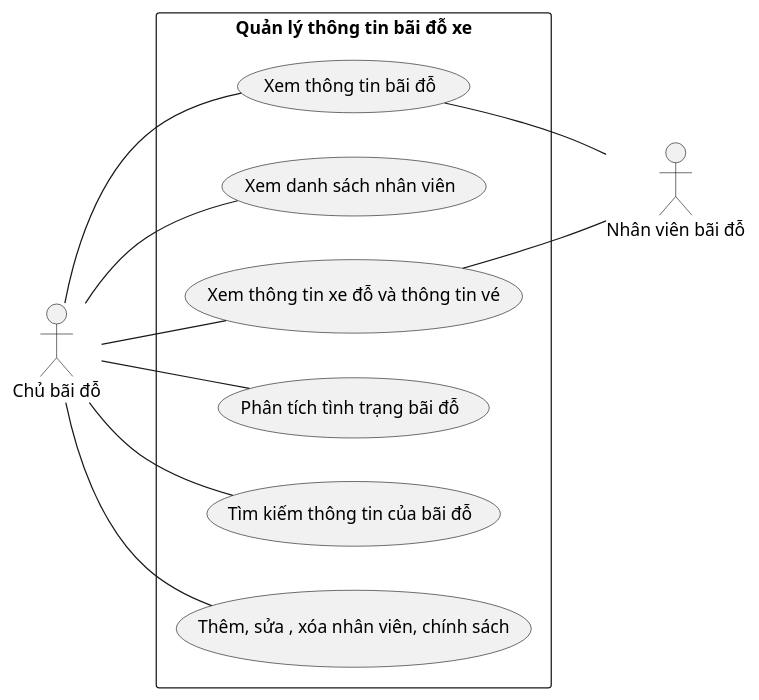
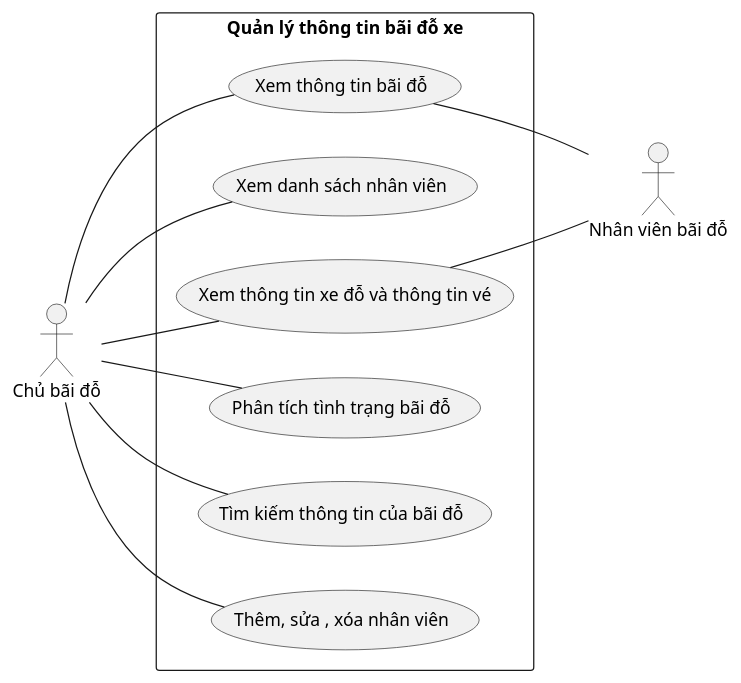
Before and after one commit to hieutbui/graduation-diagram: the diagram in usecase/manage_parking_info.wsd, drawn with PlantUML.

Commit message:
Update use case

```diff
--- a/usecase/manage_parking_info.wsd
+++ b/usecase/manage_parking_info.wsd
@@ -1,22 +1,22 @@
 @startuml manage_parking_info
 
 left to right direction
 skinparam packageStyle rect
 
 actor "Chủ bãi đỗ" as ParkingOwner
 actor "Nhân viên bãi đỗ" as ParkingEmployee
 
 rectangle "Quản lý thông tin bãi đỗ xe" as ManageParkingInfo {
   'ParkingOwner'
     ParkingOwner -- (Xem thông tin bãi đỗ)
     ParkingOwner -- (Xem danh sách nhân viên)
     ParkingOwner -- (Xem thông tin xe đỗ và thông tin vé)
     ParkingOwner -- (Phân tích tình trạng bãi đỗ)
     ParkingOwner -- (Tìm kiếm thông tin của bãi đỗ)
-    ParkingOwner -- (Thêm, sửa , xóa nhân viên, chính sách)
+    ParkingOwner -- (Thêm, sửa , xóa nhân viên)
   'ParkingEmployee'
     (Xem thông tin bãi đỗ) -- ParkingEmployee
     (Xem thông tin xe đỗ và thông tin vé) -- ParkingEmployee
 }
 
 @enduml
```
